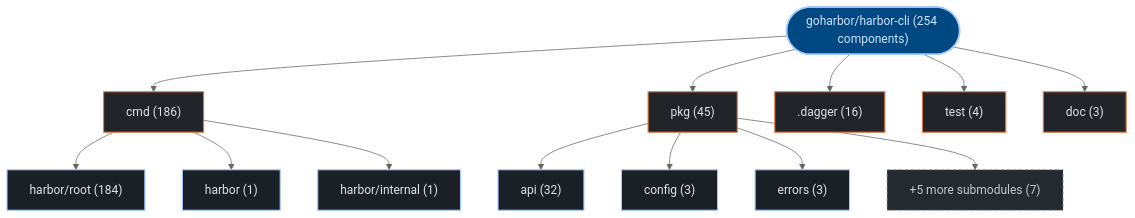
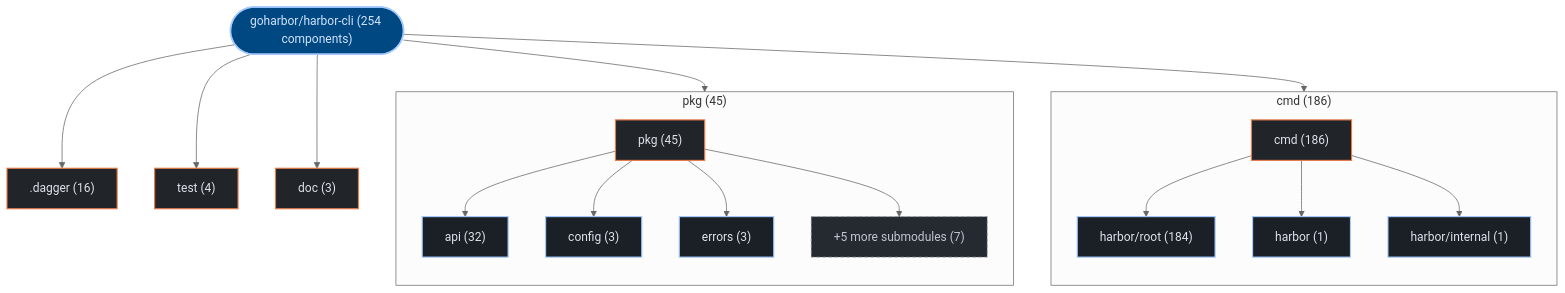
Before and after one commit to kumarshaz/atruss-code-atlas: the first of 3 diagrams in exports/latest/reports/goharbor-harbor-cli-report.md, drawn with Mermaid (neutral theme). The commit also changed 178 other files, not shown here.

Commit message:
feat(ui,mermaid): upgrade to mermaid v12 + ELK layout, add orgs-summary + pagination, subgraph building blocks, fix tab alignment

````diff
--- a/exports/latest/reports/goharbor-harbor-cli-report.md
+++ b/exports/latest/reports/goharbor-harbor-cli-report.md
@@ -42,35 +42,41 @@
 ```mermaid
 graph TD;
   classDef atlasRoot fill:#004882,stroke:#a3c9ff,stroke-width:2px,color:#d3e4ff
   classDef atlasCategory fill:#212428,stroke:#E87A48,stroke-width:1.5px,color:#dfe3eb
   classDef atlasWorkflow fill:#1b2026,stroke:#a3c9ff,stroke-width:1.5px,color:#dfe3eb
   classDef atlasJob fill:#171c22,stroke:#8d9199,stroke-width:1px,color:#dfe3eb
   classDef atlasTarget fill:#005227,stroke:#8bd99b,stroke-width:1.5px,color:#a7f6b6
   classDef atlasAlert fill:#93000a,stroke:#ffb4ab,stroke-width:1.5px,color:#ffdad6
   classDef atlasMore fill:#252a31,stroke:#8d9199,stroke-dasharray:4 4,color:#c3c6cf
     repo_root(["goharbor/harbor-cli (254 components)"]):::atlasRoot
-    dir_0_cmd["cmd (186)"]:::atlasCategory
+    subgraph sg_dir_0_cmd["cmd (186)"]
+      direction TB
+      dir_0_cmd["cmd (186)"]:::atlasCategory
+      sub_0_0_harbor_root["harbor/root (184)"]:::atlasWorkflow
+      dir_0_cmd --> sub_0_0_harbor_root
+      sub_0_1_harbor["harbor (1)"]:::atlasWorkflow
+      dir_0_cmd --> sub_0_1_harbor
+      sub_0_2_harbor_internal["harbor/internal (1)"]:::atlasWorkflow
+      dir_0_cmd --> sub_0_2_harbor_internal
+    end
     repo_root --> dir_0_cmd
-    sub_0_0_harbor_root["harbor/root (184)"]:::atlasWorkflow
-    dir_0_cmd --> sub_0_0_harbor_root
-    sub_0_1_harbor["harbor (1)"]:::atlasWorkflow
-    dir_0_cmd --> sub_0_1_harbor
-    sub_0_2_harbor_internal["harbor/internal (1)"]:::atlasWorkflow
-    dir_0_cmd --> sub_0_2_harbor_internal
-    dir_1_pkg["pkg (45)"]:::atlasCategory
+    subgraph sg_dir_1_pkg["pkg (45)"]
+      direction TB
+      dir_1_pkg["pkg (45)"]:::atlasCategory
+      sub_1_0_api["api (32)"]:::atlasWorkflow
+      dir_1_pkg --> sub_1_0_api
+      sub_1_1_config["config (3)"]:::atlasWorkflow
+      dir_1_pkg --> sub_1_1_config
+      sub_1_2_errors["errors (3)"]:::atlasWorkflow
+      dir_1_pkg --> sub_1_2_errors
+      sub_1_more["+5 more submodules (7)"]:::atlasMore
+      dir_1_pkg --> sub_1_more
+    end
     repo_root --> dir_1_pkg
-    sub_1_0_api["api (32)"]:::atlasWorkflow
-    dir_1_pkg --> sub_1_0_api
-    sub_1_1_config["config (3)"]:::atlasWorkflow
-    dir_1_pkg --> sub_1_1_config
-    sub_1_2_errors["errors (3)"]:::atlasWorkflow
-    dir_1_pkg --> sub_1_2_errors
-    sub_1_more["+5 more submodules (7)"]:::atlasMore
-    dir_1_pkg --> sub_1_more
     dir_2__dagger[".dagger (16)"]:::atlasCategory
     repo_root --> dir_2__dagger
     dir_3_test["test (4)"]:::atlasCategory
     repo_root --> dir_3_test
     dir_4_doc["doc (3)"]:::atlasCategory
     repo_root --> dir_4_doc
 ```
````
